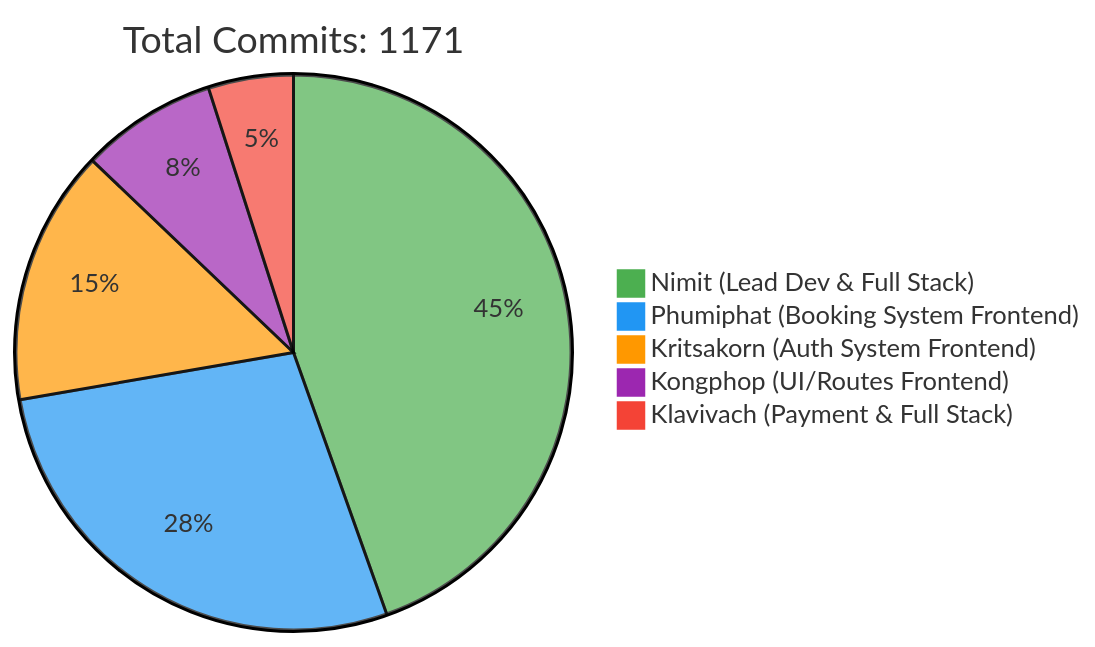
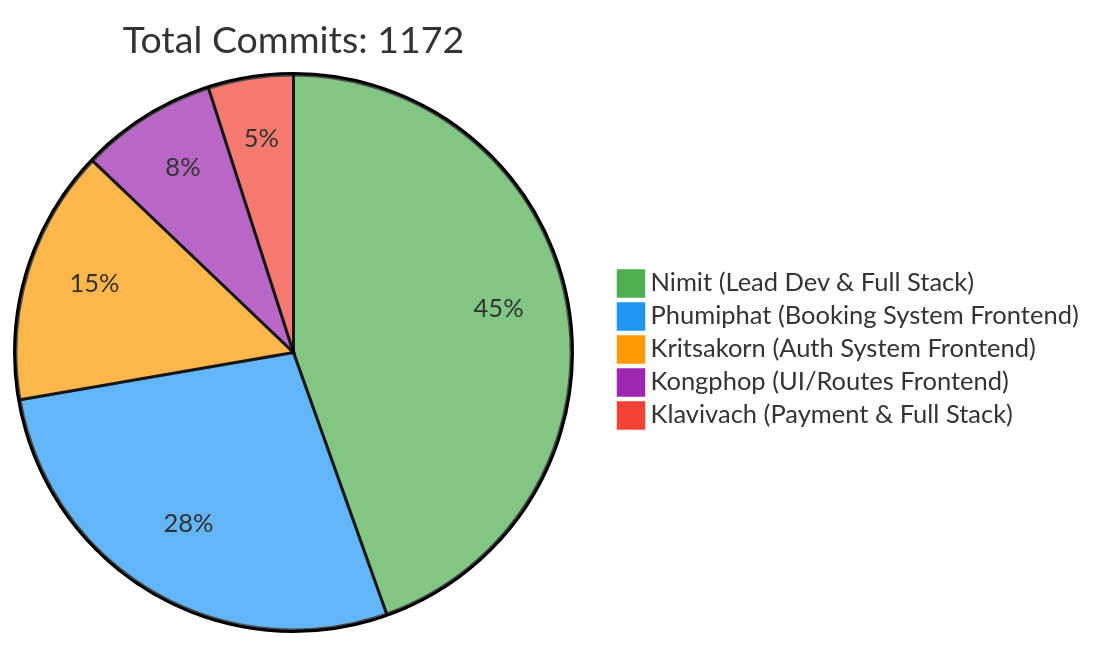
One commit to 6531503042/Sport-Complex changed the first of 2 diagrams in README.md. Above: the diagram before and after it, drawn with Mermaid. The commit also changed other lines of this file, not shown here.

Commit message:
docs: Update contributor statistics [skip ci]

````diff
--- a/README.md
+++ b/README.md
@@ -257,10 +257,10 @@
 ```mermaid
 %%{init: {'theme': 'base', 'themeVariables': { 'pie1': '#4CAF50', 'pie2': '#2196F3', 'pie3': '#FF9800', 'pie4': '#9C27B0', 'pie5': '#F44336'}}}%%
 pie
-    title Total Commits: 1171
+    title Total Commits: 1172
     "Nimit (Lead Dev & Full Stack)" : 450
     "Phumiphat (Booking System Frontend)" : 280
     "Kritsakorn (Auth System Frontend)" : 150
     "Kongphop (UI/Routes Frontend)" : 80
     "Klavivach (Payment & Full Stack)" : 50
 ```
````
